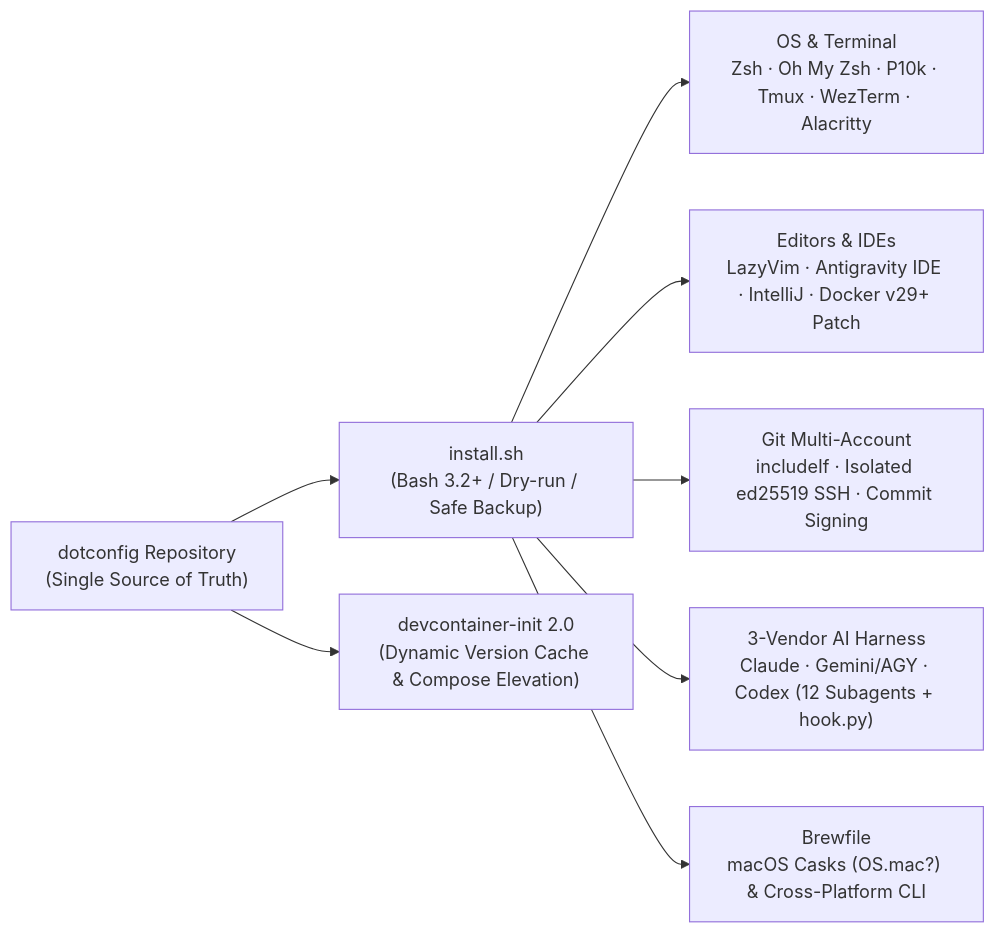
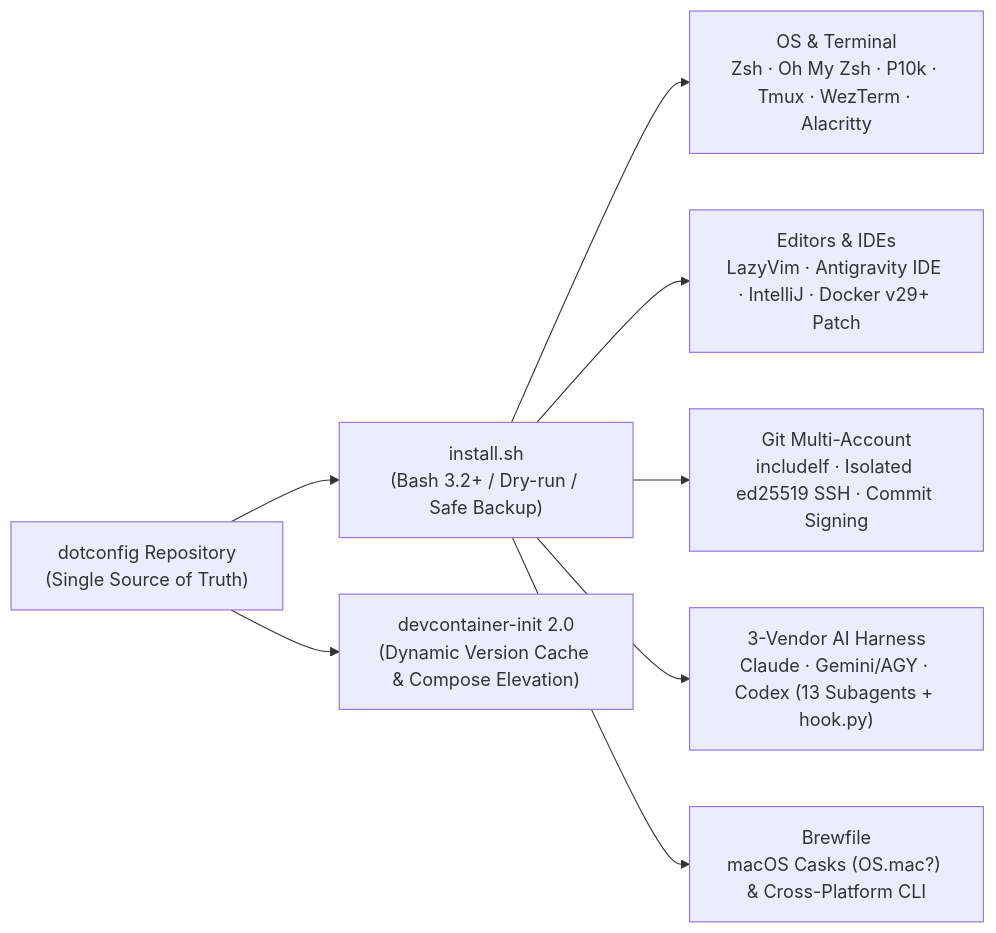
Before and after one commit to gdtknight/dotconfig: the diagram in README.md, drawn with Mermaid. The commit also changed other lines of this file and 3 other files, not shown here.

````diff
--- a/README.md
+++ b/README.md
@@ -39,12 +39,12 @@
 ```mermaid
 flowchart LR
     Repo["dotconfig Repository<br/>(Single Source of Truth)"] --> Installer["install.sh<br/>(Bash 3.2+ / Dry-run / Safe Backup)"]
 
     Installer --> Env["OS & Terminal<br/>Zsh · Oh My Zsh · P10k · Tmux · WezTerm · Alacritty"]
     Installer --> Editor["Editors & IDEs<br/>LazyVim · Antigravity IDE · IntelliJ · Docker v29+ Patch"]
     Installer --> Git["Git Multi-Account<br/>includeIf · Isolated ed25519 SSH · Commit Signing"]
-    Installer --> Agents["3-Vendor AI Harness<br/>Claude · Gemini/AGY · Codex (12 Subagents + hook.py)"]
+    Installer --> Agents["3-Vendor AI Harness<br/>Claude · Gemini/AGY · Codex (13 Subagents + hook.py)"]
     Installer --> Pkg["Brewfile<br/>macOS Casks (OS.mac?) & Cross-Platform CLI"]
 
     Repo --> DC["devcontainer-init 2.0<br/>(Dynamic Version Cache & Compose Elevation)"]
 ```
````
